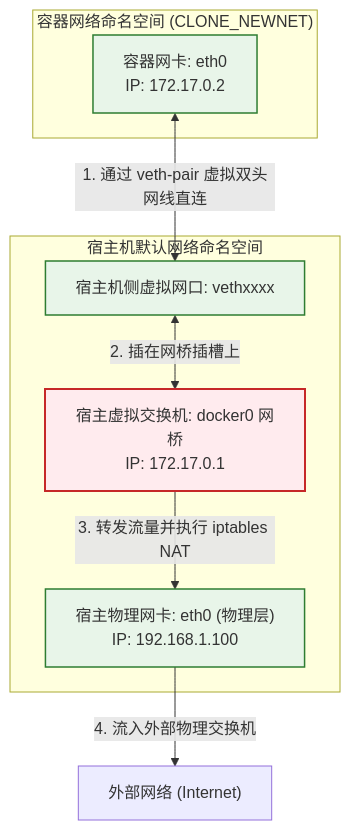
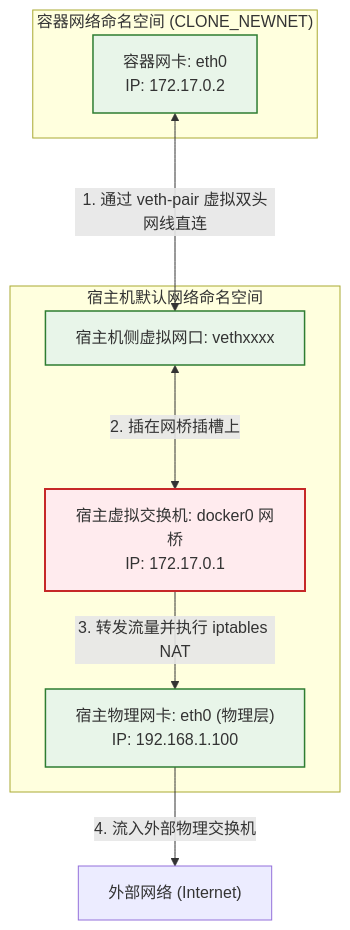
The seventh of 8 diagrams in docs/atlas/docker.mdx (koosai/AI-Architect-Learning), drawn with Mermaid before and after one commit. The commit also changed other lines of this file and 68 other files, not shown here.

Commit message:
fix(atlas): fix browser client-side Mermaid rendering for mindmaps and flowcharts across 67 case studies

````diff
--- a/docs/atlas/docker.mdx
+++ b/docs/atlas/docker.mdx
@@ -296,22 +296,22 @@
 ```mermaid
 graph TB
   classDef namespace fill:#e1f5fe,stroke:#0288d1,stroke-width:1.5px;
   classDef bridge fill:#ffebee,stroke:#c62828,stroke-width:2px;
   classDef device fill:#e8f5e9,stroke:#2e7d32,stroke-width:1.5px;
 
   subgraph ContainerNet ["容器网络命名空间 (CLONE_NEWNET)"]
     Eth0["容器网卡: eth0<br/>IP: 172.17.0.2"]:::device
   end
 
   subgraph HostNet ["宿主机默认网络命名空间"]
     VethNode["宿主机侧虚拟网口: vethxxxx"]:::device
     Docker0["宿主虚拟交换机: docker0 网桥<br/>IP: 172.17.0.1"]:::bridge
     PhysicalNIC["宿主物理网卡: eth0 (物理层)<br/>IP: 192.168.1.100"]:::device
   end
 
-  Eth0 <-->|1. 通过 veth-pair 虚拟双头网线直连| VethNode
-  VethNode <-->|2. 插在网桥插槽上| Docker0
+  Eth0 <--->|1. 通过 veth-pair 虚拟双头网线直连| VethNode
+  VethNode <--->|2. 插在网桥插槽上| Docker0
   
   Docker0 -->|3. 转发流量并执行 iptables NAT| PhysicalNIC
   PhysicalNIC -->|4. 流入外部物理交换机| Internet["外部网络 (Internet)"]
 ```
````
